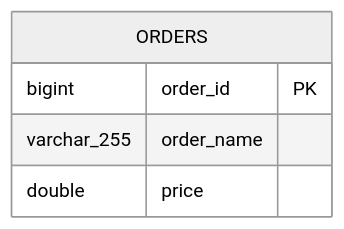
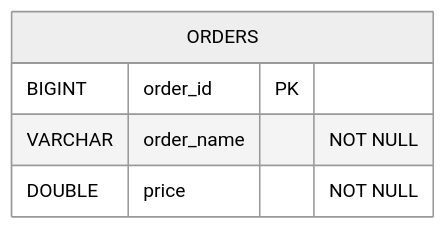
Before and after one commit to rdr02000/demo: the first of 2 diagrams in README.md, drawn with Mermaid (neutral theme). The commit also changed other lines of this file, not shown here.

Commit message:
update diagram

````diff
--- a/README.md
+++ b/README.md
@@ -162,8 +162,8 @@
 ```mermaid
 erDiagram
     ORDERS {
-        bigint order_id PK
-        varchar_255 order_name
-        double price
+        BIGINT order_id PK
+        VARCHAR order_name "NOT NULL"
+        DOUBLE price "NOT NULL"
     }
 ```
````
